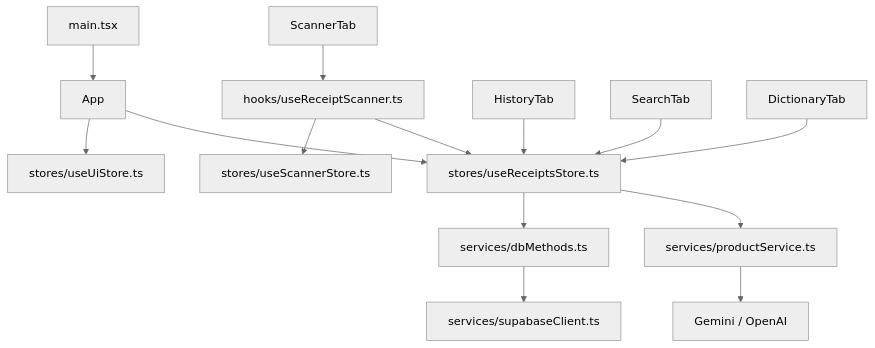
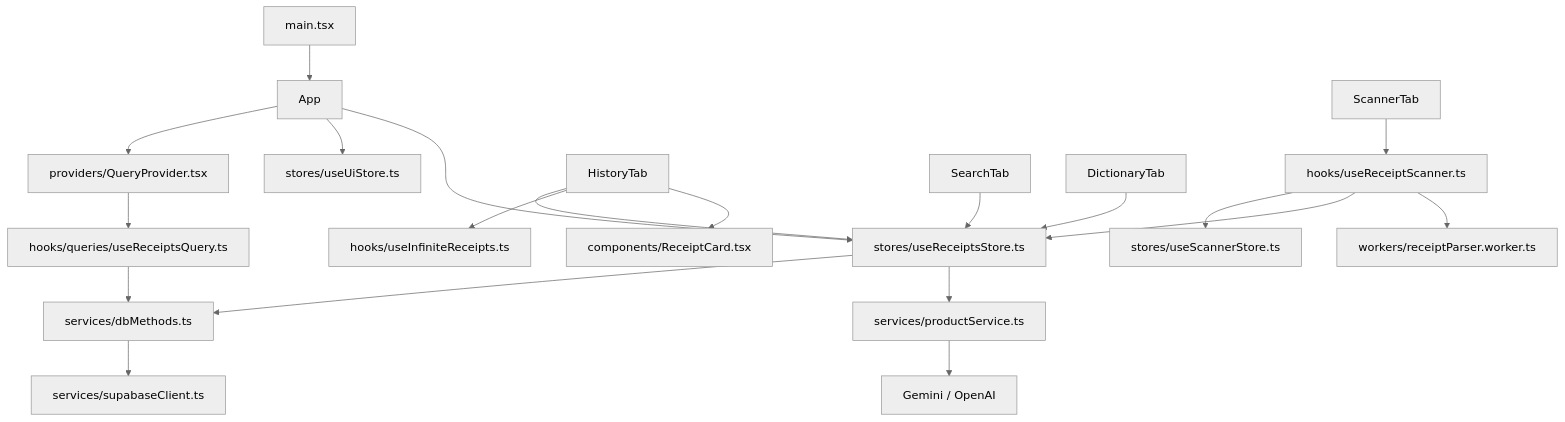
Before and after one commit to Bosguega/my_mercado: the second of 2 diagrams in ARCHITECTURE.md, drawn with Mermaid (neutral theme). The commit also changed other lines of this file and 16 other files, not shown here.

Commit message:
feat: Implement core receipt scanning, parsing, and history management features with dedicated UI components and data services.

````diff
--- a/ARCHITECTURE.md
+++ b/ARCHITECTURE.md
@@ -186,21 +231,29 @@
 ```mermaid
 graph TD
     main["main.tsx"] --> App
+    App --> QueryProvider["providers/QueryProvider.tsx"]
 
     App --> uiStore["stores/useUiStore.ts"]
     App --> receiptsStore["stores/useReceiptsStore.ts"]
 
     ScannerTab --> scannerHook["hooks/useReceiptScanner.ts"]
     scannerHook --> scannerStore["stores/useScannerStore.ts"]
     scannerHook --> receiptsStore
+    scannerHook --> worker["workers/receiptParser.worker.ts"]
 
     HistoryTab --> receiptsStore
+    HistoryTab --> infiniteHook["hooks/useInfiniteReceipts.ts"]
+    HistoryTab --> ReceiptCard["components/ReceiptCard.tsx"]
+
     SearchTab --> receiptsStore
     DictionaryTab --> receiptsStore
 
     receiptsStore --> dbMethods["services/dbMethods.ts"]
     receiptsStore --> productService["services/productService.ts"]
 
     dbMethods --> supabase["services/supabaseClient.ts"]
     productService --> ai["Gemini / OpenAI"]
+
+    QueryProvider --> receiptsQuery["hooks/queries/useReceiptsQuery.ts"]
+    receiptsQuery --> dbMethods
 ```
````
